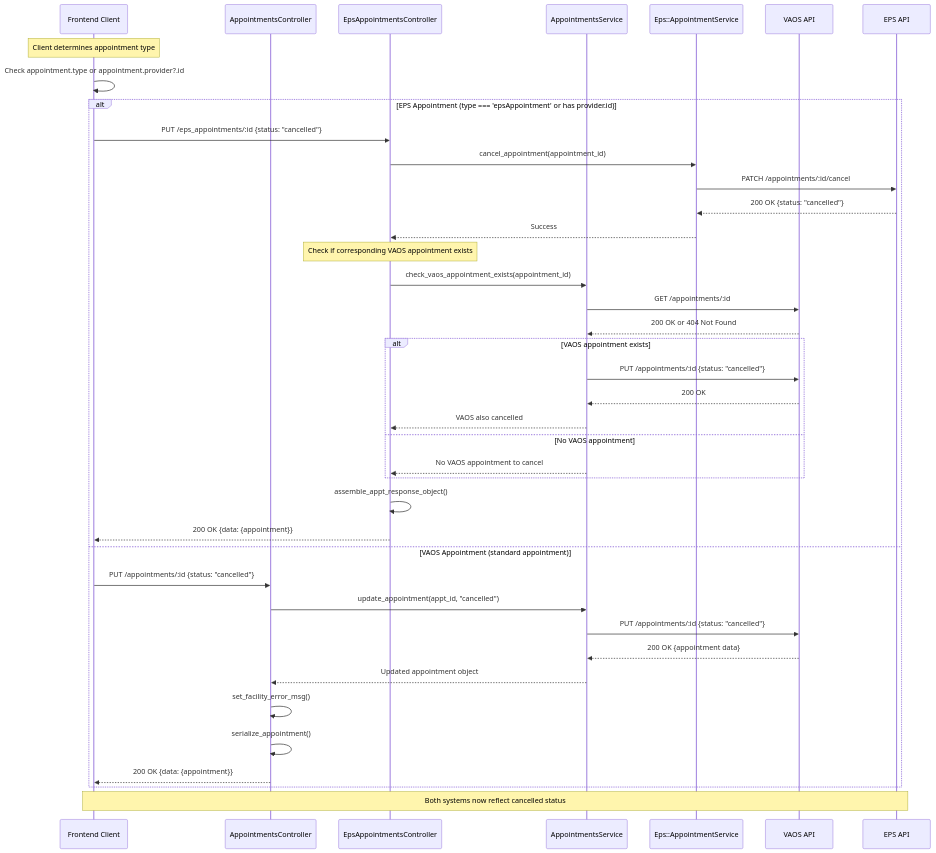
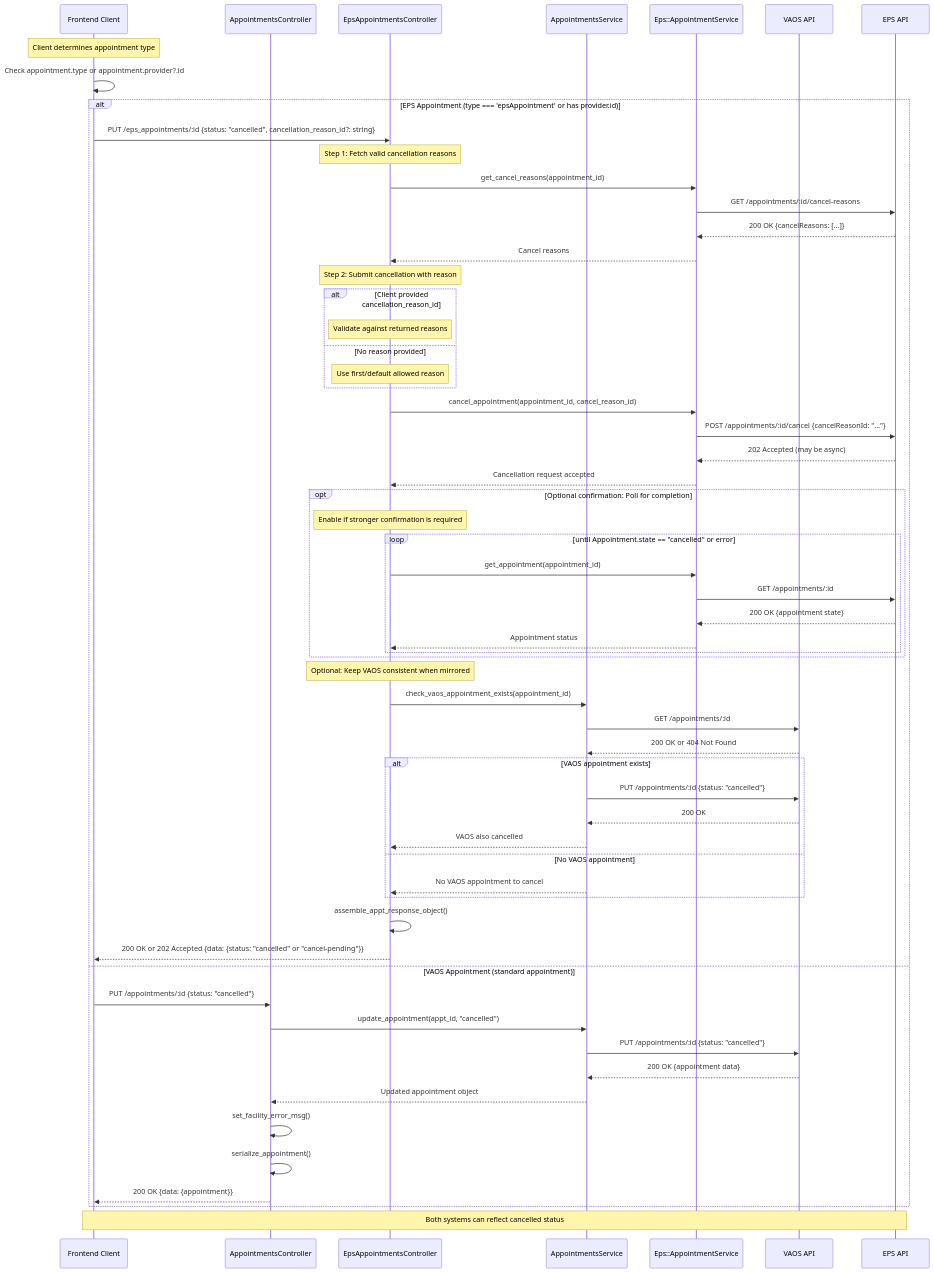
The fifth of 5 diagrams in products/health-care/appointments/va-online-scheduling/engineering/architecture/community-care-technical-documentation.md (department-of-veterans-affairs/va.gov-team), drawn with Mermaid before and after one commit. The commit also changed other lines of this file, not shown here.

Commit message:
Enhance cancellation process documentation
Updated the cancellation process documentation to include fetching valid cancellation reasons and handling appointment state changes.

````diff
--- a/products/health-care/appointments/va-online-scheduling/engineering/architecture/community-care-technical-documentation.md
+++ b/products/health-care/appointments/va-online-scheduling/engineering/architecture/community-care-technical-documentation.md
@@ -557,52 +565,74 @@
 ```mermaid
 sequenceDiagram
     participant Client as Frontend Client
     participant ApptController as AppointmentsController
     participant EpsController as EpsAppointmentsController
     participant ApptService as AppointmentsService
     participant EpsService as Eps::AppointmentService
     participant VAOS as VAOS API
     participant EPS as EPS API
 
     Note over Client: Client determines appointment type
     Client->>Client: Check appointment.type or appointment.provider?.id
 
     alt EPS Appointment (type === 'epsAppointment' or has provider.id)
-        Client->>EpsController: PUT /eps_appointments/:id {status: "cancelled"}
+        Client->>EpsController: PUT /eps_appointments/:id {status: "cancelled", cancellation_reason_id?: string}
 
-        EpsController->>EpsService: cancel_appointment(appointment_id)
-        EpsService->>EPS: PATCH /appointments/:id/cancel
-        EPS-->>EpsService: 200 OK {status: "cancelled"}
-        EpsService-->>EpsController: Success
+        Note over EpsController: Step 1: Fetch valid cancellation reasons
+        EpsController->>EpsService: get_cancel_reasons(appointment_id)
+        EpsService->>EPS: GET /appointments/:id/cancel-reasons
+        EPS-->>EpsService: 200 OK {cancelReasons: [...]}
+        EpsService-->>EpsController: Cancel reasons
 
-        Note over EpsController: Check if corresponding VAOS appointment exists
+        Note over EpsController: Step 2: Submit cancellation with reason
+        alt Client provided cancellation_reason_id
+            Note over EpsController: Validate against returned reasons
+        else No reason provided
+            Note over EpsController: Use first/default allowed reason
+        end
+
+        EpsController->>EpsService: cancel_appointment(appointment_id, cancel_reason_id)
+        EpsService->>EPS: POST /appointments/:id/cancel {cancelReasonId: "..."}
+        EPS-->>EpsService: 202 Accepted (may be async)
+        EpsService-->>EpsController: Cancellation request accepted
+
+        opt Optional confirmation: Poll for completion
+            Note over EpsController: Enable if stronger confirmation is required
+            loop until Appointment.state == "cancelled" or error
+                EpsController->>EpsService: get_appointment(appointment_id)
+                EpsService->>EPS: GET /appointments/:id
+                EPS-->>EpsService: 200 OK {appointment state}
+                EpsService-->>EpsController: Appointment status
+            end
+        end
+
+        Note over EpsController: Optional: Keep VAOS consistent when mirrored
         EpsController->>ApptService: check_vaos_appointment_exists(appointment_id)
         ApptService->>VAOS: GET /appointments/:id
         VAOS-->>ApptService: 200 OK or 404 Not Found
-
         alt VAOS appointment exists
             ApptService->>VAOS: PUT /appointments/:id {status: "cancelled"}
             VAOS-->>ApptService: 200 OK
             ApptService-->>EpsController: VAOS also cancelled
         else No VAOS appointment
             ApptService-->>EpsController: No VAOS appointment to cancel
         end
 
         EpsController->>EpsController: assemble_appt_response_object()
-        EpsController-->>Client: 200 OK {data: {appointment}}
+        EpsController-->>Client: 200 OK or 202 Accepted {data: {status: "cancelled" or "cancel-pending"}}
 
     else VAOS Appointment (standard appointment)
         Client->>ApptController: PUT /appointments/:id {status: "cancelled"}
 
         ApptController->>ApptService: update_appointment(appt_id, "cancelled")
         ApptService->>VAOS: PUT /appointments/:id {status: "cancelled"}
         VAOS-->>ApptService: 200 OK {appointment data}
         ApptService-->>ApptController: Updated appointment object
 
         ApptController->>ApptController: set_facility_error_msg()
         ApptController->>ApptController: serialize_appointment()
         ApptController-->>Client: 200 OK {data: {appointment}}
     end
 
-    Note over Client, EPS: Both systems now reflect cancelled status
+    Note over Client, EPS: Both systems can reflect cancelled status
 ```
````
